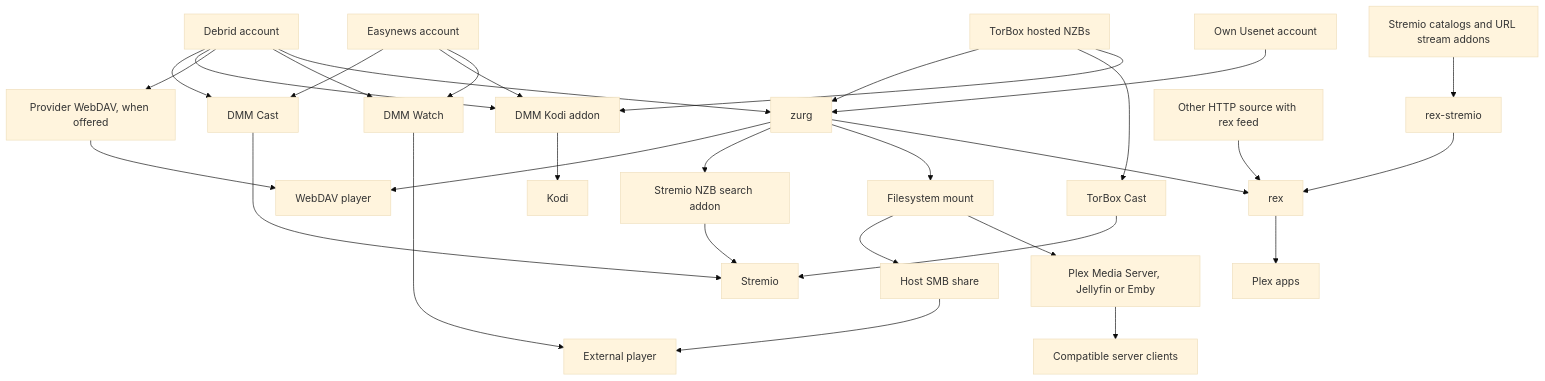
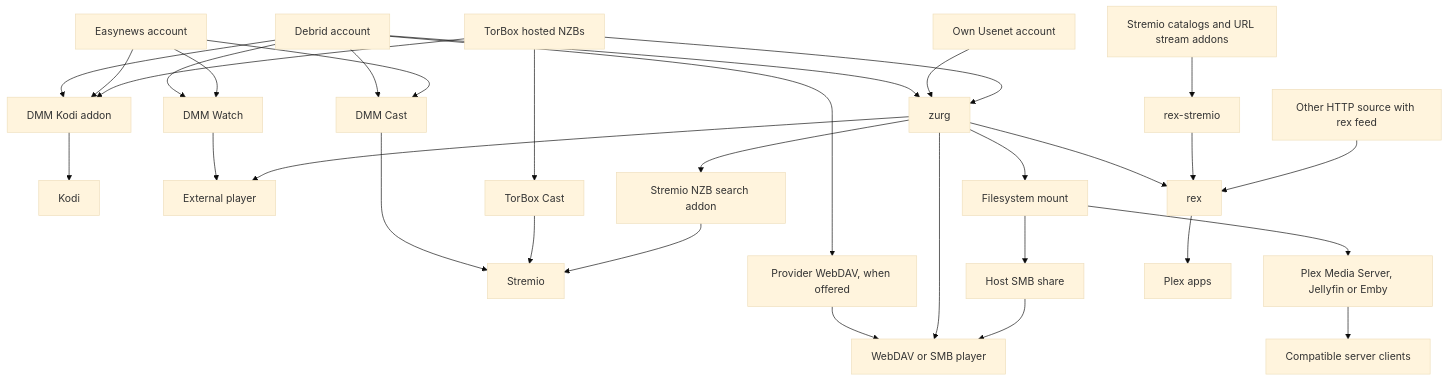
The first of 3 diagrams in guides/choose-your-setup.md (debridmediamanager/notes), drawn with Mermaid (base theme) before and after one commit. The commit also changed 1 other file, not shown here.

Commit message:
docs: send the SMB bridge to the WebDAV or SMB player and zurg to the external player

````diff
--- a/guides/choose-your-setup.md
+++ b/guides/choose-your-setup.md
@@ -48,33 +48,34 @@
 ```mermaid
 flowchart TD
     A[Debrid account] --> B[DMM Cast]
     E[Easynews account] --> B
     B --> C[Stremio]
     A --> K[DMM Kodi addon]
     E --> K
     K --> KD[Kodi]
     A --> D[Provider WebDAV, when offered]
-    D --> W[WebDAV player]
+    D --> W[WebDAV or SMB player]
     A --> V[DMM Watch]
     E --> V
     V --> F[External player]
     A --> Z[zurg]
     N[Own Usenet account] --> Z
     T2[TorBox hosted NZBs] --> Z
     T2 --> TC[TorBox Cast]
     TC --> C
     T2 --> K
-    Z --> W[WebDAV player]
+    Z --> W[WebDAV or SMB player]
+    Z --> F
     Z --> ZA[Stremio NZB search addon]
     ZA --> C
     Z --> M[Filesystem mount]
     M --> SMB[Host SMB share]
-    SMB --> F
+    SMB --> W
     M --> S[Plex Media Server, Jellyfin or Emby]
     S --> P[Compatible server clients]
     Z --> R[rex]
     T[Stremio catalogs and URL stream addons] --> X[rex-stremio]
     X --> R
     H[Other HTTP source with rex feed] --> R
     R --> Q[Plex apps]
 ```
````
